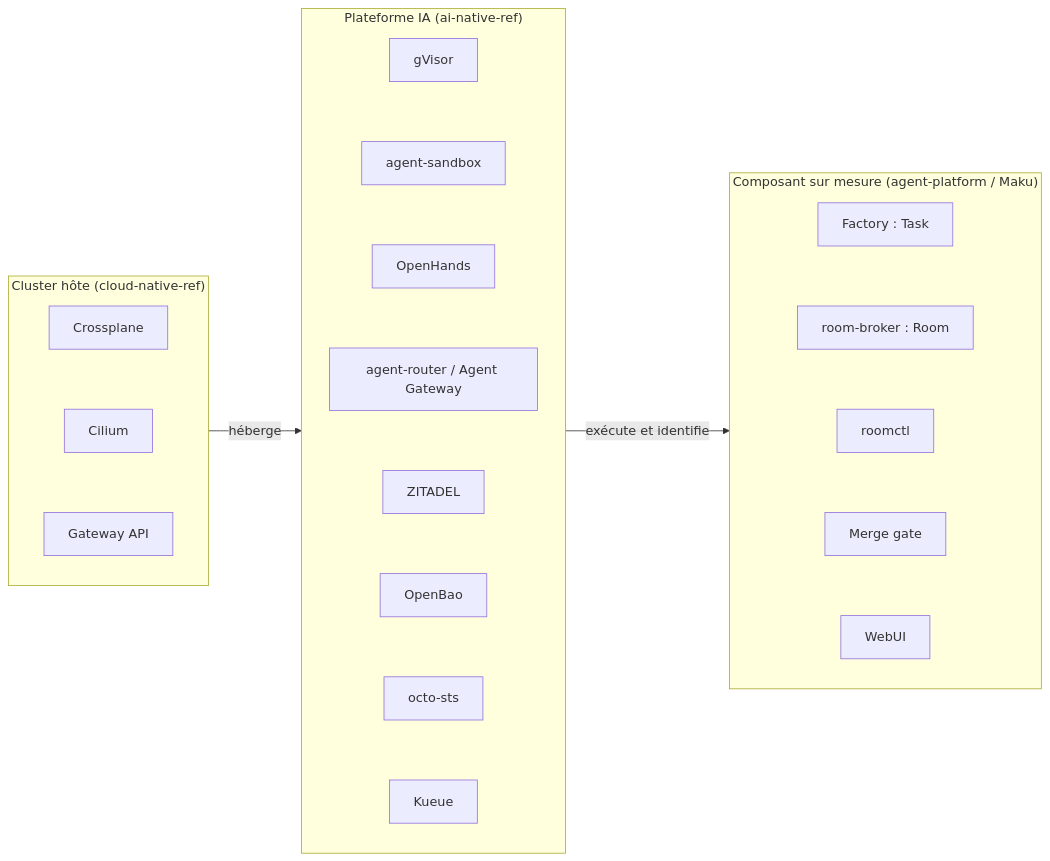
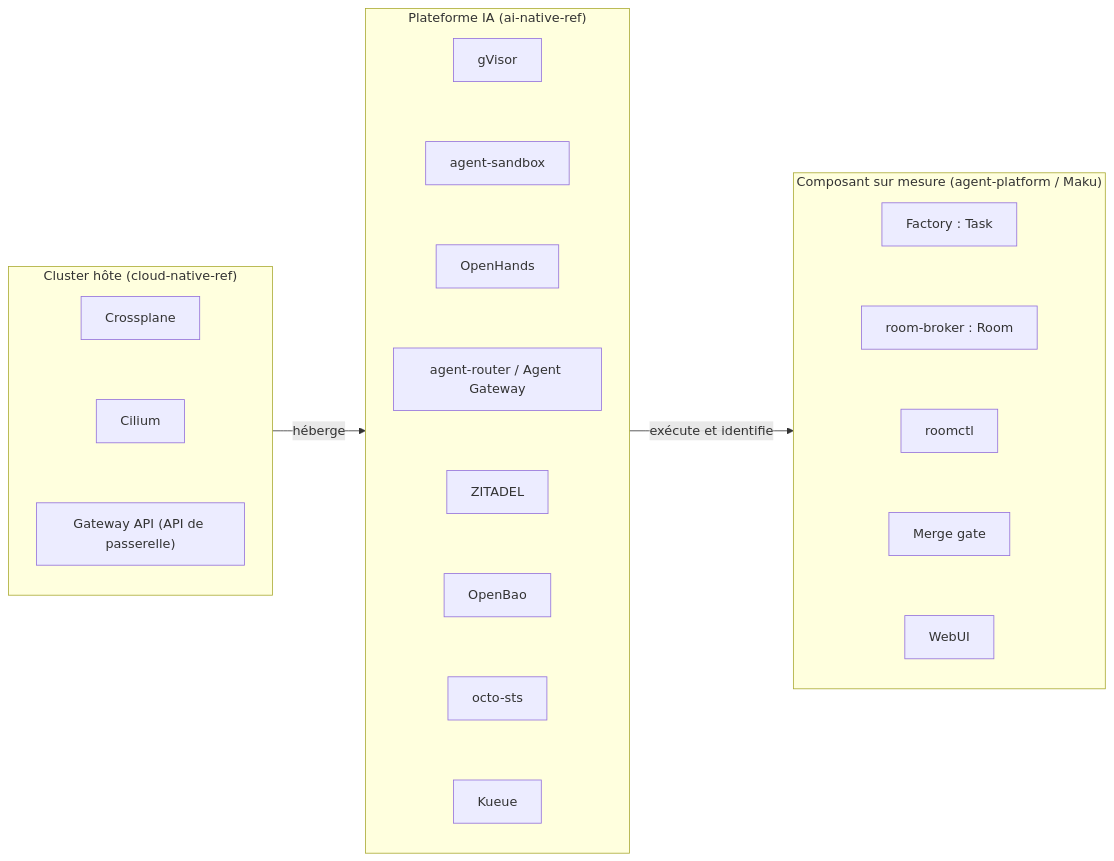
The third of 5 diagrams in content/fr/post/series/agentic_ai/cloud-native-agent-factory/index.md (Smana/smana.github.io), drawn with Mermaid before and after one commit. The commit also changed other lines of this file and 2 other files, not shown here.

````diff
--- a/content/fr/post/series/agentic_ai/cloud-native-agent-factory/index.md
+++ b/content/fr/post/series/agentic_ai/cloud-native-agent-factory/index.md
@@ -104,17 +104,17 @@
 ```mermaid
 flowchart LR
   subgraph HOST["Cluster hôte (cloud-native-ref)"]
     direction TB
-    XP["Crossplane"] ~~~ CIL["Cilium"] ~~~ GWA["Gateway API"]
+    XP["Crossplane"] ~~~ CIL["Cilium"] ~~~ GWA["Gateway API (API de passerelle)"]
   end
   subgraph PLAT["Plateforme IA (ai-native-ref)"]
     direction TB
     GV["gVisor"] ~~~ ASB["agent-sandbox"] ~~~ OH["OpenHands"] ~~~ AR["agent-router / Agent Gateway"] ~~~ ZIT["ZITADEL"] ~~~ BAO["OpenBao"] ~~~ STS["octo-sts"] ~~~ KQ["Kueue"]
   end
   subgraph CUS["Composant sur mesure (agent-platform / Maku)"]
     direction TB
     FC["Factory : Task"] ~~~ RB["room-broker : Room"] ~~~ RCTL["roomctl"] ~~~ MG["Merge gate"] ~~~ UI["WebUI"]
   end
   HOST -->|"héberge"| PLAT
   PLAT -->|"exécute et identifie"| CUS
 ```
````
